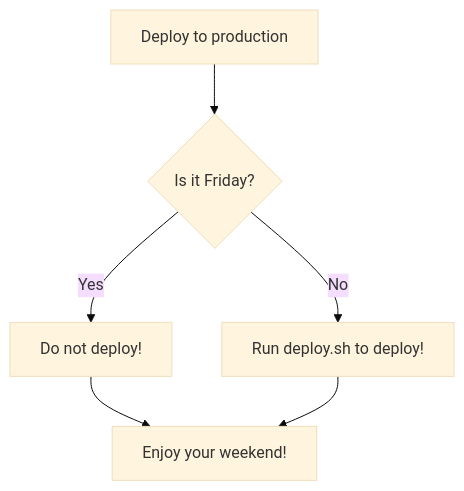
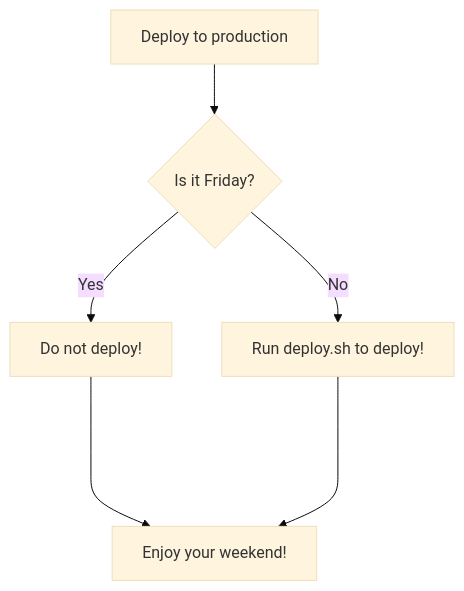
The diagram in readme.md (myrat012/test), drawn with Mermaid (base theme) before and after one commit.

````diff
--- a/readme.md
+++ b/readme.md
@@ -3,8 +3,8 @@
 ```mermaid
 flowchart TD
   A[Deploy to production] --> B{Is it Friday?};
   B -- Yes --> C[Do not deploy!];
   B -- No --> D[Run deploy.sh to deploy!];
-  C --> E[Enjoy your weekend!];
-  D --> E[Enjoy your weekend!];
+  C ----> E[Enjoy your weekend!];
+  D ----> E[Enjoy your weekend!];
 ```
````
